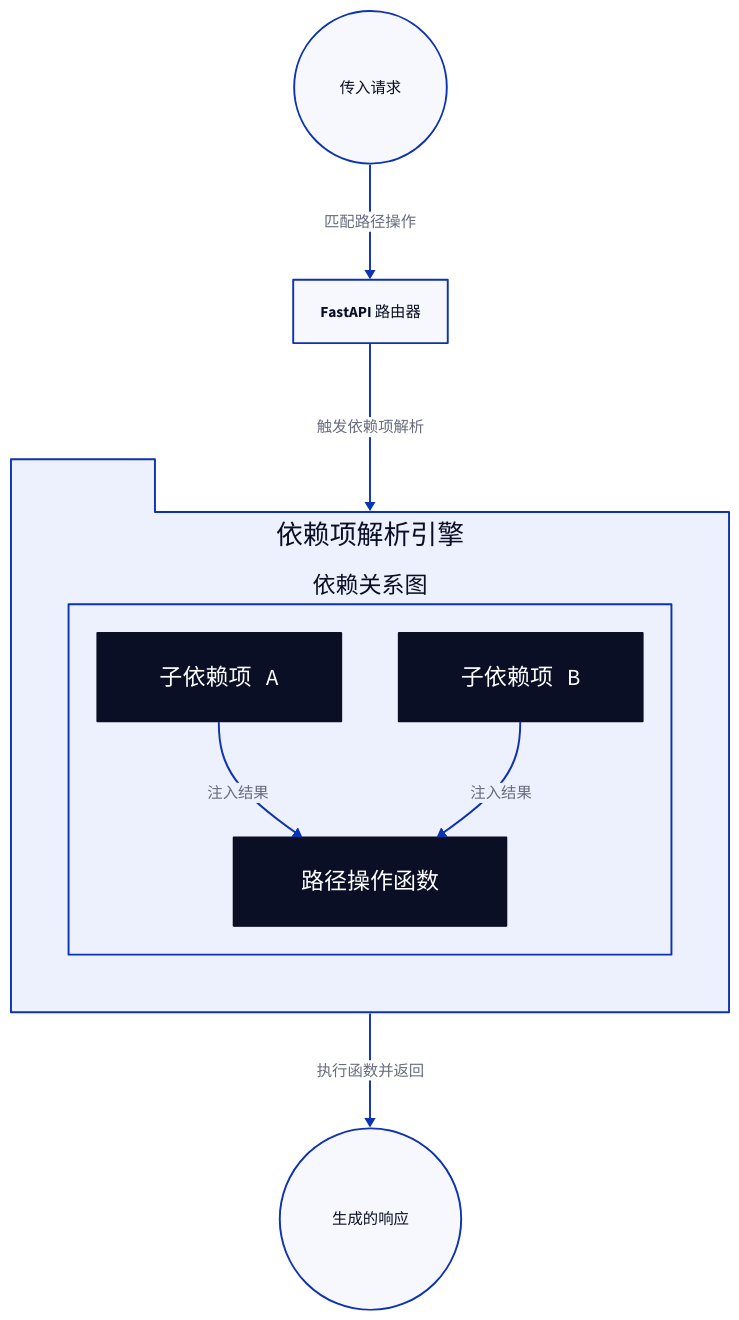
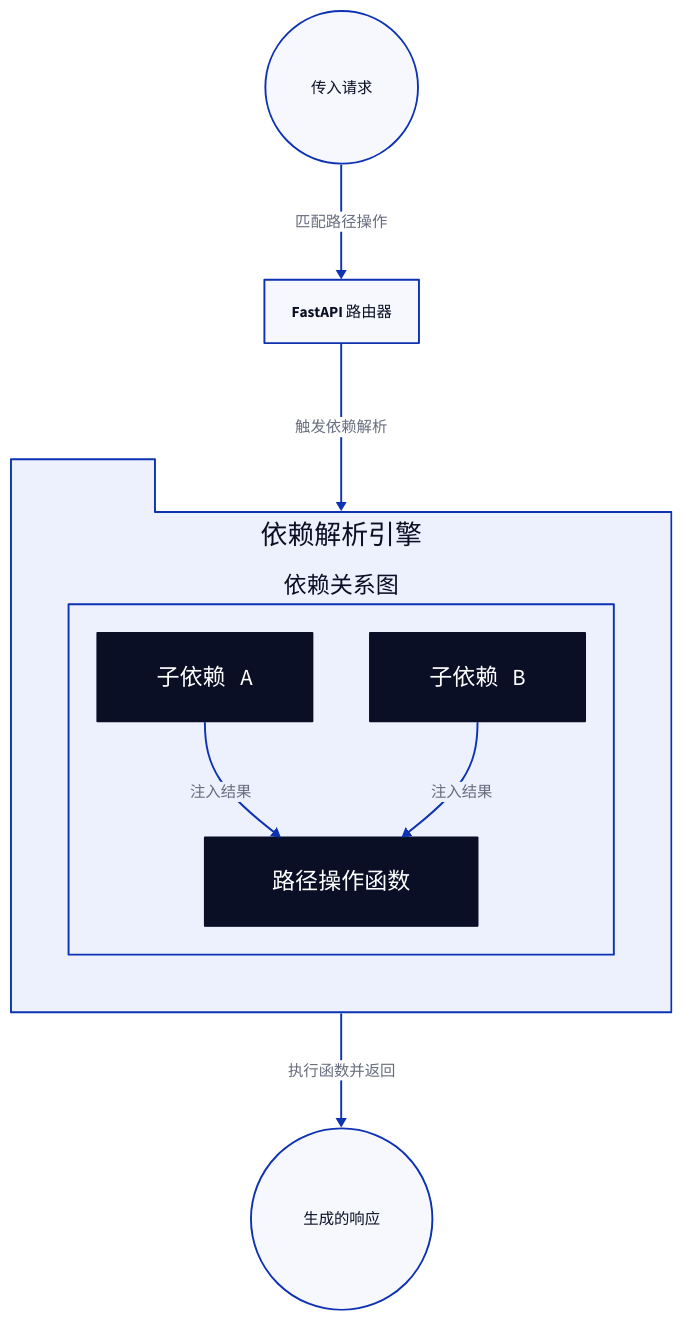
One commit to lban2049/fastapi changed the diagram in .aigne/doc-smith/docs/api-reference-dependencies.zh.md. Above: the diagram before and after it, drawn with D2. The commit also changed other lines of this file and 40 other files, not shown here.

````diff
--- a/.aigne/doc-smith/docs/api-reference-dependencies.zh.md
+++ b/.aigne/doc-smith/docs/api-reference-dependencies.zh.md
@@ -11,42 +11,50 @@
 ```d2
 direction: down
 
-"传入请求": {
+Incoming-Request: { 
+  label: "传入请求"
+  shape: circle 
+}
+
+FastAPI-Router: {
+  label: "FastAPI 路由器"
+  shape: rectangle
+}
+
+Dependency-Resolution-Engine: {
+  label: "依赖解析引擎"
+  shape: package
+  grid-columns: 1
+
+  Dependant-Graph: {
+    label: "依赖关系图"
+    shape: rectangle
+
+    Sub-Dependency-A: {
+      label: "子依赖 A"
+      shape: class
+    }
+    Sub-Dependency-B: {
+      label: "子依赖 B"
+      shape: class
+    }
+    Path-Operation-Function: {
+      label: "路径操作函数"
+      shape: class
+    }
+
+    Sub-Dependency-A -> Path-Operation-Function: "注入结果"
+    Sub-Dependency-B -> Path-Operation-Function: "注入结果"
+  }
+}
+
+Generated-Response: {
+  label: "生成的响应"
   shape: circle
 }
 
-"FastAPI 路由器": {
-  shape: rectangle
-}
-
-"依赖项解析引擎": {
-  shape: package
-  grid-columns: 1
-
-  "依赖关系图": {
-    shape: rectangle
-
-    "子依赖项 A": {
-      shape: class
-    }
-    "子依赖项 B": {
-      shape: class
-    }
-    "路径操作函数": {
-      shape: class
-    }
-
-    "子依赖项 A" -> "路径操作函数": "注入结果"
-    "子依赖项 B" -> "路径操作函数": "注入结果"
-  }
-}
-
-"生成的响应": {
-  shape: circle
-}
-
-"传入请求" -> "FastAPI 路由器": "匹配路径操作"
-"FastAPI 路由器" -> "依赖项解析引擎": "触发依赖项解析"
-"依赖项解析引擎" -> "生成的响应": "执行函数并返回"
+Incoming-Request -> FastAPI-Router: "匹配路径操作"
+FastAPI-Router -> Dependency-Resolution-Engine: "触发依赖解析"
+Dependency-Resolution-Engine -> Generated-Response: "执行函数并返回"
 
 ```
````
